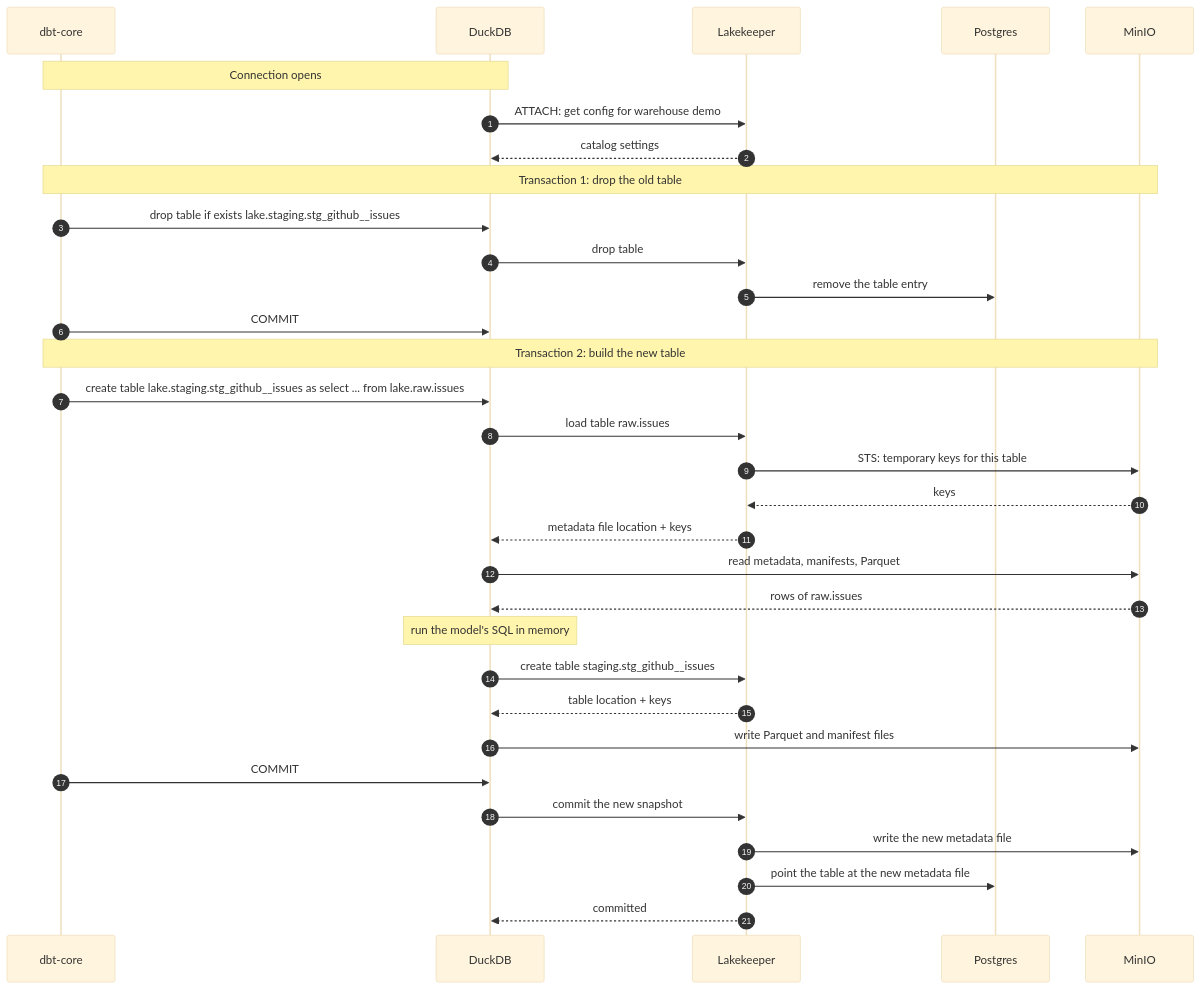
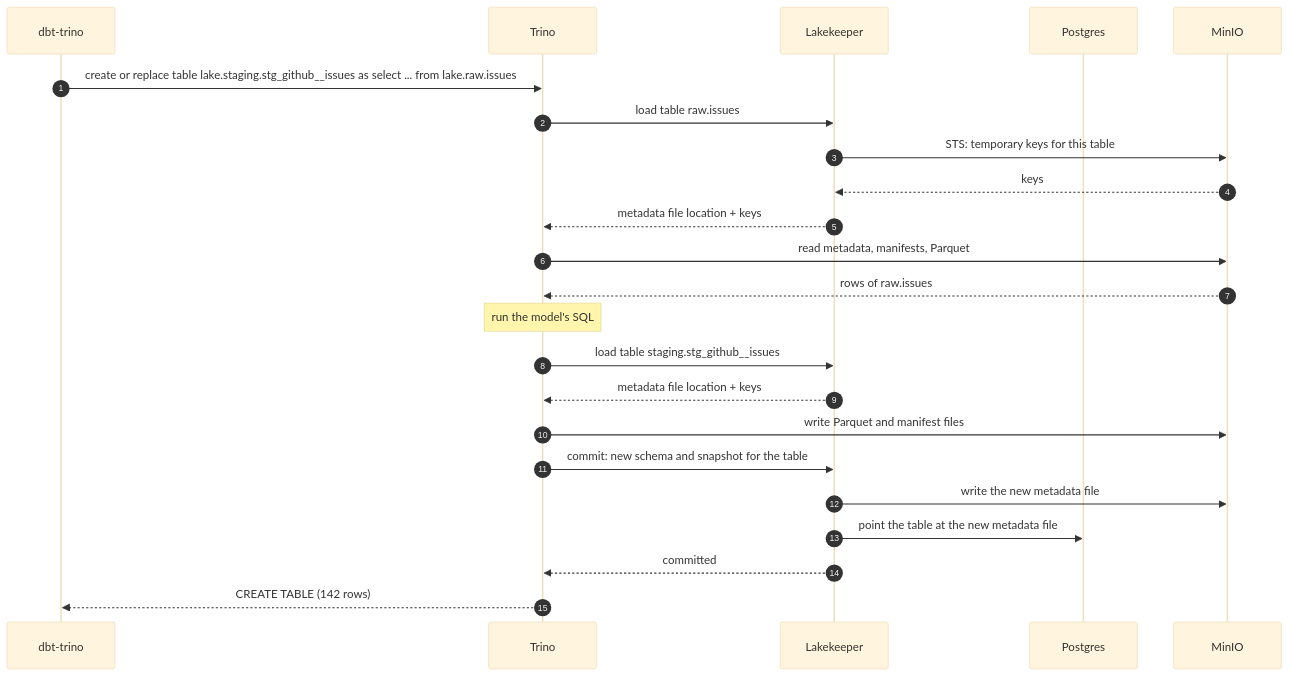
One commit to jeremiah-wa/iceberg-elt-demo changed the second of 3 diagrams in transform/docs/architecture.md. Above: the diagram before and after it, drawn with Mermaid (base theme). The commit also changed other lines of this file and 3 other files, not shown here.

````diff
--- a/transform/docs/architecture.md
+++ b/transform/docs/architecture.md
@@ -111,37 +101,26 @@
 ```mermaid
 sequenceDiagram
     autonumber
-    participant dbt as dbt-core
-    participant duck as DuckDB
+    participant dbt as dbt-trino
+    participant trino as Trino
     participant lk as Lakekeeper
     participant pg as Postgres
     participant s3 as MinIO
 
-    Note over dbt,duck: Connection opens
-    duck->>lk: ATTACH: get config for warehouse demo
-    lk-->>duck: catalog settings
-
-    Note over dbt,s3: Transaction 1: drop the old table
-    dbt->>duck: drop table if exists lake.staging.stg_github__issues
-    duck->>lk: drop table
-    lk->>pg: remove the table entry
-    dbt->>duck: COMMIT
-
-    Note over dbt,s3: Transaction 2: build the new table
-    dbt->>duck: create table lake.staging.stg_github__issues as select ... from lake.raw.issues
-    duck->>lk: load table raw.issues
+    dbt->>trino: create or replace table lake.staging.stg_github__issues as select ... from lake.raw.issues
+    trino->>lk: load table raw.issues
     lk->>s3: STS: temporary keys for this table
     s3-->>lk: keys
-    lk-->>duck: metadata file location + keys
-    duck->>s3: read metadata, manifests, Parquet
-    s3-->>duck: rows of raw.issues
-    Note over duck: run the model's SQL in memory
-    duck->>lk: create table staging.stg_github__issues
-    lk-->>duck: table location + keys
-    duck->>s3: write Parquet and manifest files
-    dbt->>duck: COMMIT
-    duck->>lk: commit the new snapshot
+    lk-->>trino: metadata file location + keys
+    trino->>s3: read metadata, manifests, Parquet
+    s3-->>trino: rows of raw.issues
+    Note over trino: run the model's SQL
+    trino->>lk: load table staging.stg_github__issues
+    lk-->>trino: metadata file location + keys
+    trino->>s3: write Parquet and manifest files
+    trino->>lk: commit: new schema and snapshot for the table
     lk->>s3: write the new metadata file
     lk->>pg: point the table at the new metadata file
-    lk-->>duck: committed
+    lk-->>trino: committed
+    trino-->>dbt: CREATE TABLE (142 rows)
 ```
````
